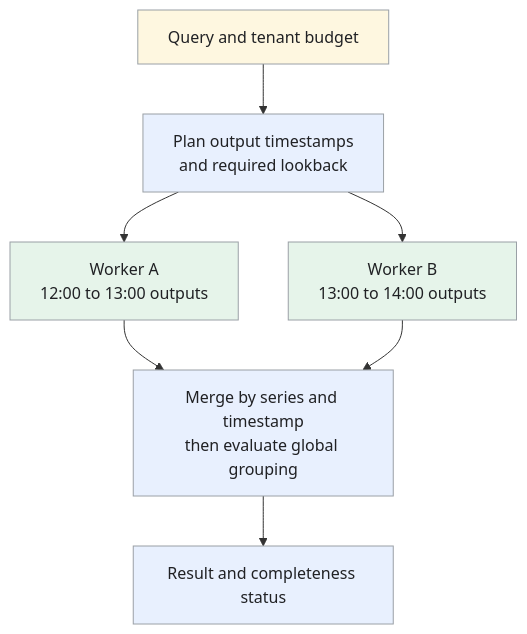
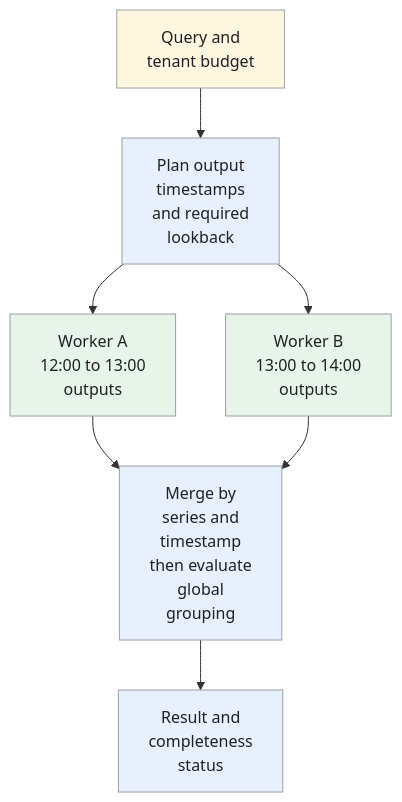
Before and after one commit to iliazlobin/iliazlobin.github.io: the sixth of 6 diagrams in _designs/system-design-metrics-monitoring.md, drawn with Mermaid. The commit also changed other lines of this file and 116 other files, not shown here.

````diff
--- a/_designs/system-design-metrics-monitoring.md
+++ b/_designs/system-design-metrics-monitoring.md
@@ -342,15 +375,15 @@
 ```mermaid
 flowchart TB
-    Q["Query and tenant budget"] --> P["Plan output timestamps<br>and required lookback"]
-    P --> A["Worker A<br>12:00 to 13:00 outputs"]
-    P --> B["Worker B<br>13:00 to 14:00 outputs"]
-    A --> M["Merge by series and timestamp<br>then evaluate global grouping"]
+    Q["Query and<br>tenant budget"] --> P["Plan output<br>timestamps<br>and required<br>lookback"]
+    P --> A["Worker A<br>12:00 to 13:00<br>outputs"]
+    P --> B["Worker B<br>13:00 to 14:00<br>outputs"]
+    A --> M["Merge by<br>series and<br>timestamp<br>then evaluate<br>global<br>grouping"]
     B --> M
-    M --> R["Result and completeness status"]
+    M --> R["Result and<br>completeness<br>status"]
   classDef request fill:#e8f0fe,stroke:#9aa0a6,color:#202124,stroke-width:1px
   classDef background fill:#e6f4ea,stroke:#9aa0a6,color:#202124,stroke-width:1px
   classDef control fill:#fef7e0,stroke:#9aa0a6,color:#202124,stroke-width:1px
   class P,M,R request
   class A,B background
   class Q control
 ```
````
